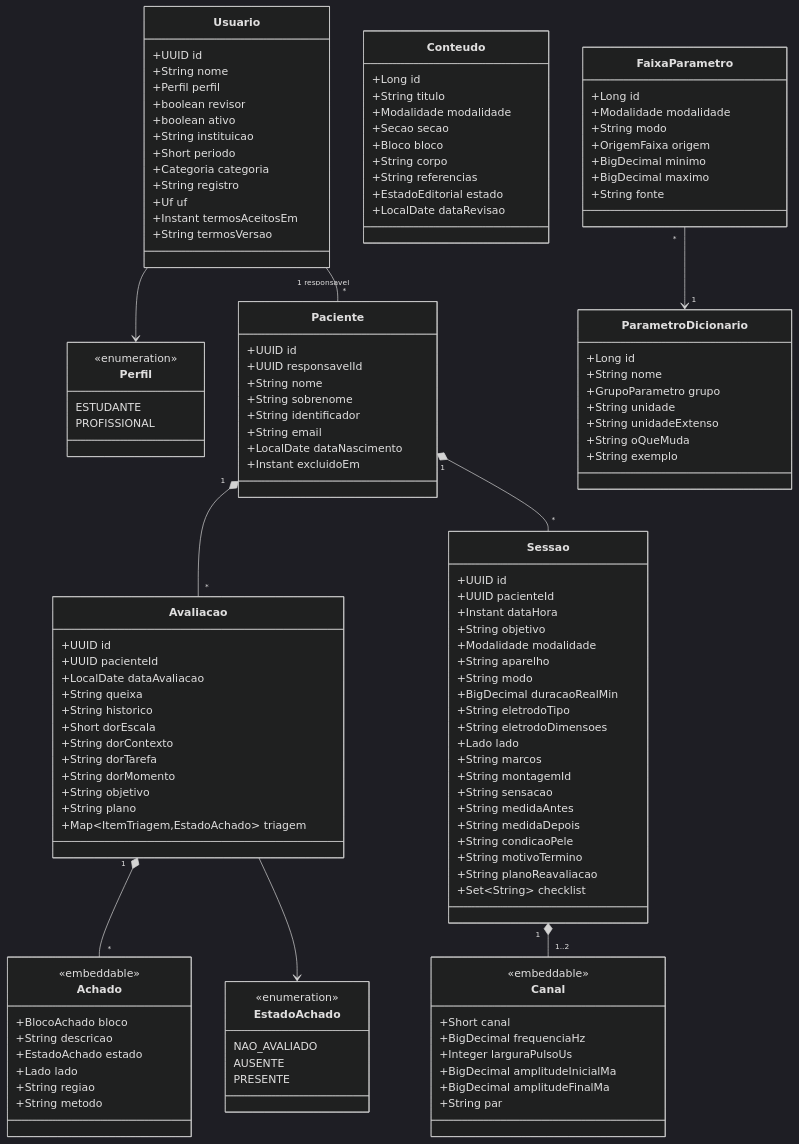
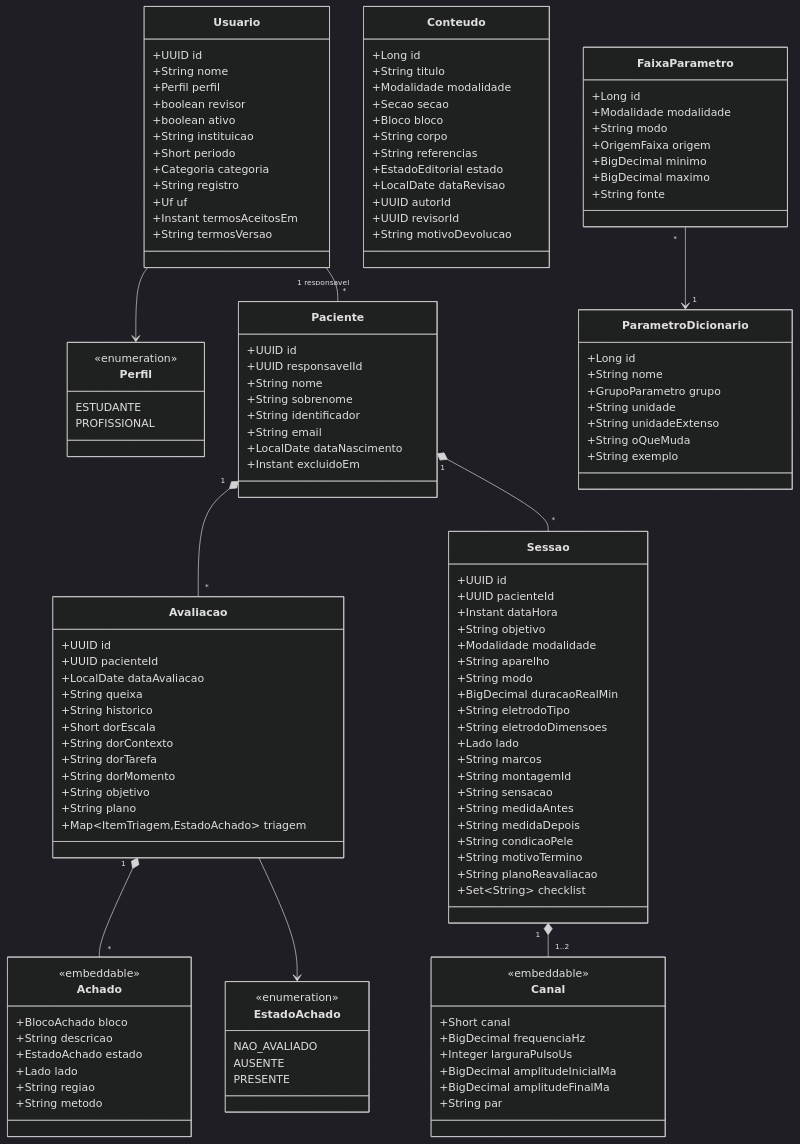
The second of 7 diagrams in backend/README.md (eksdat/tens-fes-web), drawn with Mermaid (dark theme) before and after one commit. The commit also changed other lines of this file and 2 other files, not shown here.

```diff
--- a/backend/README.md
+++ b/backend/README.md
@@ -469,6 +474,9 @@
         +String referencias
         +EstadoEditorial estado
         +LocalDate dataRevisao
+        +UUID autorId
+        +UUID revisorId
+        +String motivoDevolucao
     }
     class ParametroDicionario {
         +Long id
```
